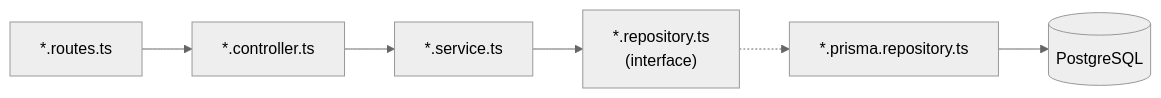
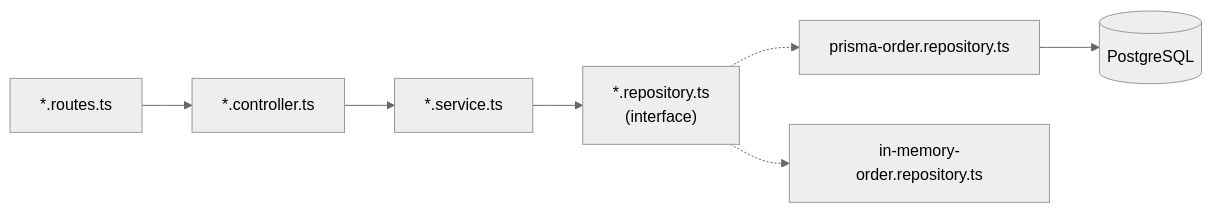
The diagram in 01-repository/notes/README.md (Amie-dev/Backend-Design-Patterns), drawn with Mermaid (neutral theme) before and after one commit. The commit also changed other lines of this file and 22 other files, not shown here.

````diff
--- a/01-repository/notes/README.md
+++ b/01-repository/notes/README.md
@@ -160,8 +168,9 @@
 ```mermaid
 flowchart LR
     R["*.routes.ts"] --> C["*.controller.ts"]
     C --> S["*.service.ts"]
     S --> I["*.repository.ts<br/>(interface)"]
-    I -.-> P["*.prisma.repository.ts"]
+    I -.-> P["prisma-order.repository.ts"]
+    I -.-> M["in-memory-order.repository.ts"]
     P --> DB[("PostgreSQL")]
 ```
````
